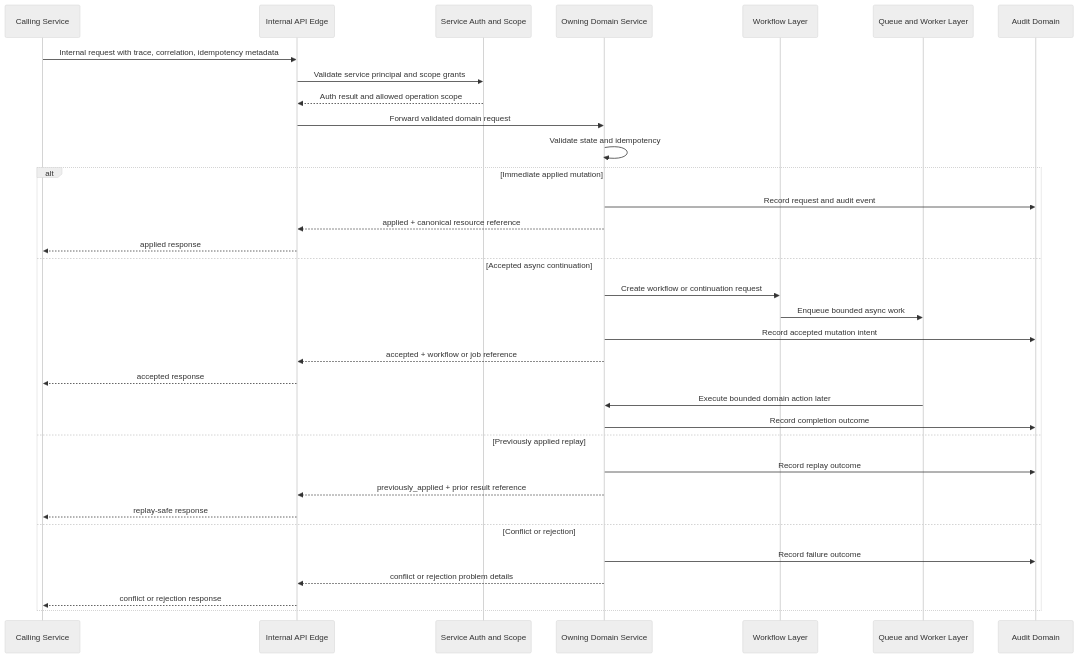
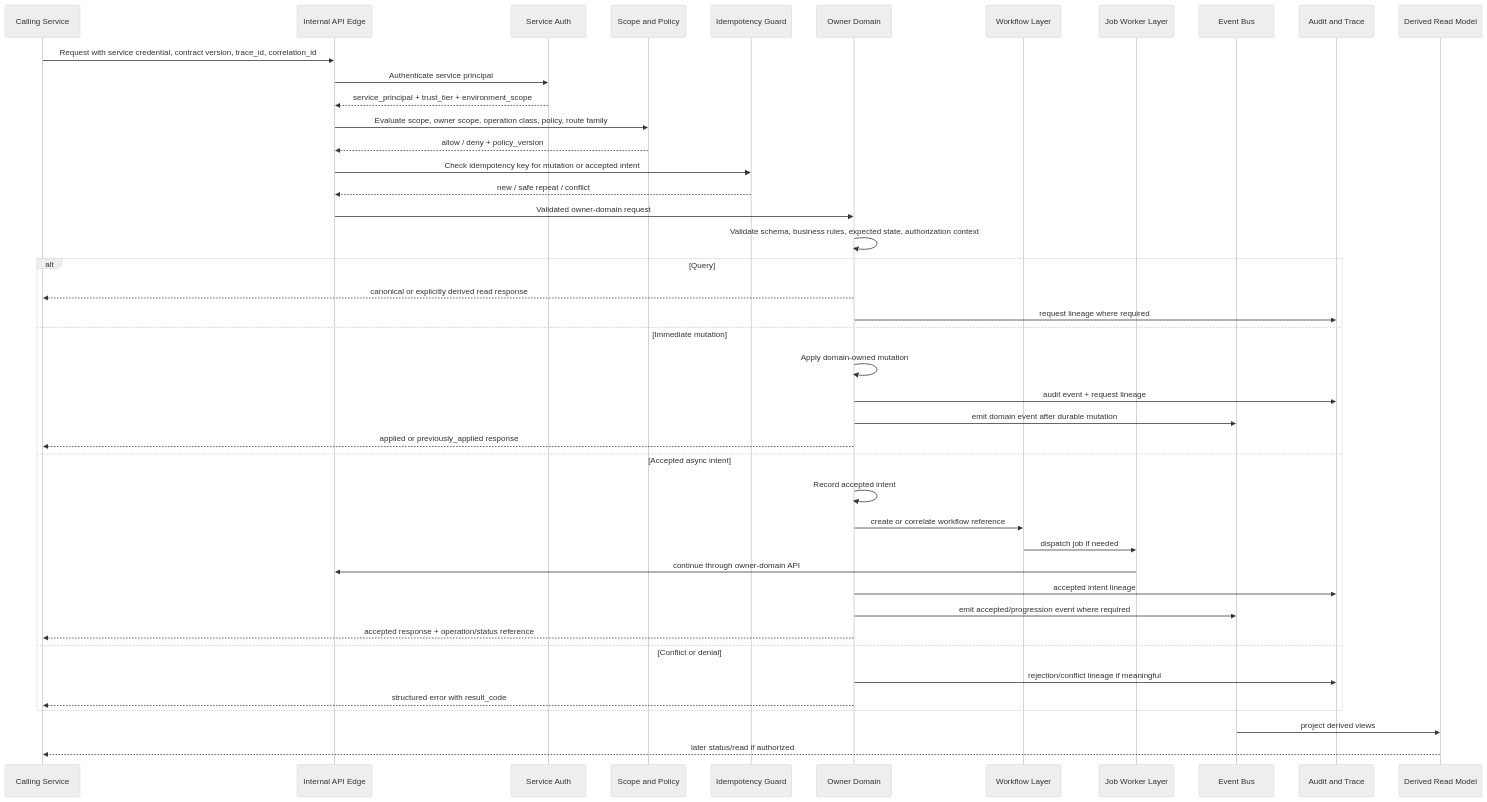
The third of 3 diagrams in INTERNAL_SERVICE_API_SPEC.md (fuze-ac/api-specs), drawn with Mermaid (neutral theme) before and after one commit. The commit also changed other lines of this file and 50 other files, not shown here.

````diff
--- a/INTERNAL_SERVICE_API_SPEC.md
+++ b/INTERNAL_SERVICE_API_SPEC.md
@@ -993,38 +972,48 @@
 ```mermaid
 sequenceDiagram
     participant Caller as Calling Service
     participant Edge as Internal API Edge
-    participant Auth as Service Auth and Scope
-    participant Domain as Owning Domain Service
+    participant Auth as Service Auth
+    participant Scope as Scope and Policy
+    participant Idem as Idempotency Guard
+    participant Domain as Owner Domain
     participant Workflow as Workflow Layer
-    participant Jobs as Queue and Worker Layer
-    participant Audit as Audit Domain
+    participant Jobs as Job Worker Layer
+    participant Events as Event Bus
+    participant Audit as Audit and Trace
+    participant Read as Derived Read Model
 
-    Caller->>Edge: Internal request with trace, correlation, idempotency metadata
-    Edge->>Auth: Validate service principal and scope grants
-    Auth-->>Edge: Auth result and allowed operation scope
-    Edge->>Domain: Forward validated domain request
-    Domain->>Domain: Validate state and idempotency
+    Caller->>Edge: Request with service credential, contract version, trace_id, correlation_id
+    Edge->>Auth: Authenticate service principal
+    Auth-->>Edge: service_principal + trust_tier + environment_scope
+    Edge->>Scope: Evaluate scope, owner scope, operation class, policy, route family
+    Scope-->>Edge: allow / deny + policy_version
+    Edge->>Idem: Check idempotency key for mutation or accepted intent
+    Idem-->>Edge: new / safe repeat / conflict
+    Edge->>Domain: Validated owner-domain request
+    Domain->>Domain: Validate schema, business rules, expected state, authorization context
 
-    alt Immediate applied mutation
-        Domain->>Audit: Record request and audit event
-        Domain-->>Edge: applied + canonical resource reference
-        Edge-->>Caller: applied response
-    else Accepted async continuation
-        Domain->>Workflow: Create workflow or continuation request
-        Workflow->>Jobs: Enqueue bounded async work
-        Domain->>Audit: Record accepted mutation intent
-        Domain-->>Edge: accepted + workflow or job reference
-        Edge-->>Caller: accepted response
-        Jobs->>Domain: Execute bounded domain action later
-        Domain->>Audit: Record completion outcome
-    else Previously applied replay
-        Domain->>Audit: Record replay outcome
-        Domain-->>Edge: previously_applied + prior result reference
-        Edge-->>Caller: replay-safe response
-    else Conflict or rejection
-        Domain->>Audit: Record failure outcome
-        Domain-->>Edge: conflict or rejection problem details
-        Edge-->>Caller: conflict or rejection response
+    alt Query
+        Domain-->>Caller: canonical or explicitly derived read response
+        Domain->>Audit: request lineage where required
+    else Immediate mutation
+        Domain->>Domain: Apply domain-owned mutation
+        Domain->>Audit: audit event + request lineage
+        Domain->>Events: emit domain event after durable mutation
+        Domain-->>Caller: applied or previously_applied response
+    else Accepted async intent
+        Domain->>Domain: Record accepted intent
+        Domain->>Workflow: create or correlate workflow reference
+        Workflow->>Jobs: dispatch job if needed
+        Jobs->>Edge: continue through owner-domain API
+        Domain->>Audit: accepted intent lineage
+        Domain->>Events: emit accepted/progression event where required
+        Domain-->>Caller: accepted response + operation/status reference
+    else Conflict or denial
+        Domain->>Audit: rejection/conflict lineage if meaningful
+        Domain-->>Caller: structured error with result_code
     end
+
+    Events->>Read: project derived views
+    Read-->>Caller: later status/read if authorized
 ```
````
